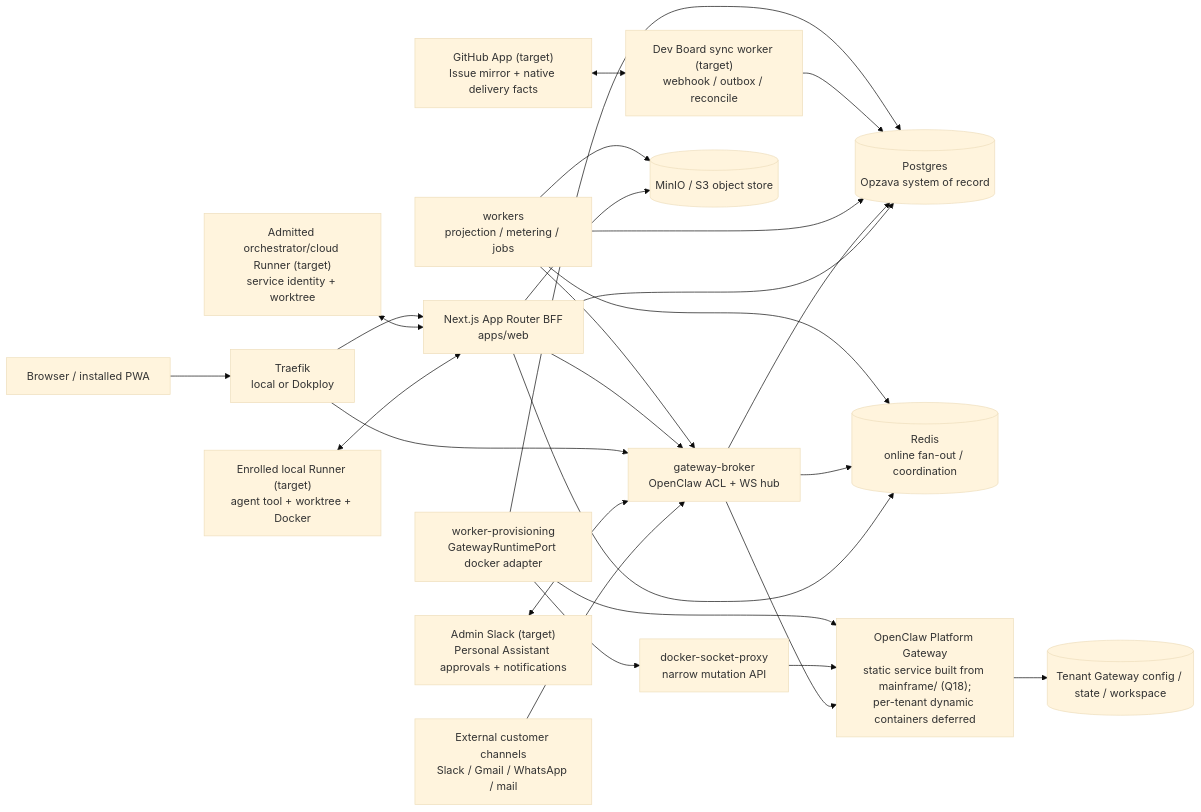
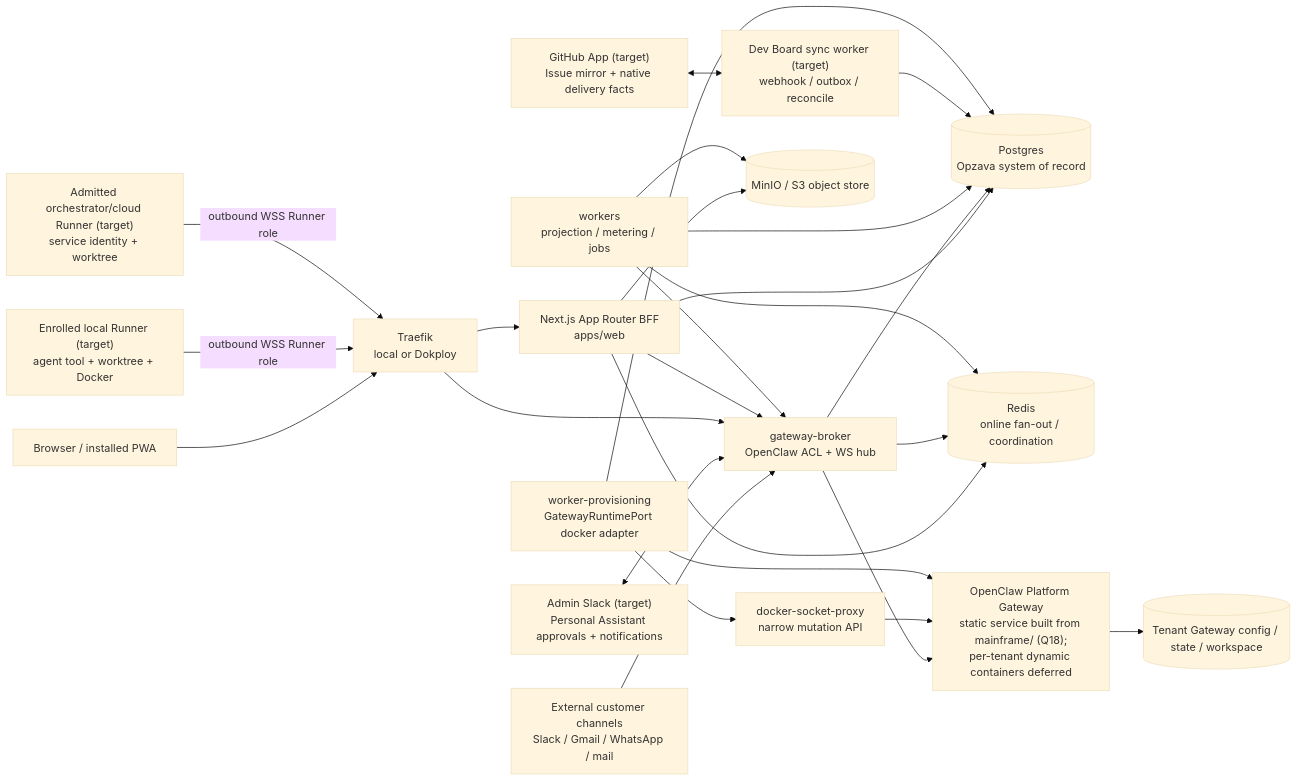
Before and after one commit to anthonykewl20/opzava: the diagram in ARCHITECTURE.md, drawn with Mermaid (base theme). The commit also changed other lines of this file and 15 other files, not shown here.

````diff
--- a/ARCHITECTURE.md
+++ b/ARCHITECTURE.md
@@ -47,34 +47,34 @@
 ```mermaid
 flowchart LR
   Browser["Browser / installed PWA"] --> Traefik["Traefik\nlocal or Dokploy"]
   External["External customer channels\nSlack / Gmail / WhatsApp / mail"] --> Broker["gateway-broker\nOpenClaw ACL + WS hub"]
   GitHub["GitHub App (target)\nIssue mirror + native delivery facts"] <--> DevSync["Dev Board sync worker (target)\nwebhook / outbox / reconcile"]
   SlackAdmin["Admin Slack (target)\nPersonal Assistant approvals + notifications"] <--> Broker
-  LocalRunner["Enrolled local Runner (target)\nagent tool + worktree + Docker"] <--> Next
-  CloudRunner["Admitted orchestrator/cloud Runner (target)\nservice identity + worktree"] <--> Next
+  LocalRunner["Enrolled local Runner (target)\nagent tool + worktree + Docker"] -->|outbound WSS Runner role| Traefik
+  CloudRunner["Admitted orchestrator/cloud Runner (target)\nservice identity + worktree"] -->|outbound WSS Runner role| Traefik
 
   Traefik --> Next["Next.js App Router BFF\napps/web"]
   Traefik --> Broker
 
   Next --> Postgres[(Postgres\nOpzava system of record)]
   Next --> Broker
   Next --> Redis[(Redis\nonline fan-out / coordination)]
   Next --> MinIO[(MinIO / S3 object store)]
 
   Broker --> Postgres
   Broker --> Redis
   Broker --> Gateways["OpenClaw Platform Gateway\nstatic service built from mainframe/ (Q18);\nper-tenant dynamic containers deferred"]
 
   Workers["workers\nprojection / metering / jobs"] --> Postgres
   Workers --> Redis
   Workers --> MinIO
   Workers --> Broker
   DevSync --> Postgres
 
   Provisioner["worker-provisioning\nGatewayRuntimePort docker adapter"] --> DockerProxy["docker-socket-proxy\nnarrow mutation API"]
   DockerProxy --> Gateways
   Provisioner --> Postgres
   Provisioner --> Gateways
 
   Gateways --> GatewayState[(Tenant Gateway config / state / workspace)]
 ```
````
